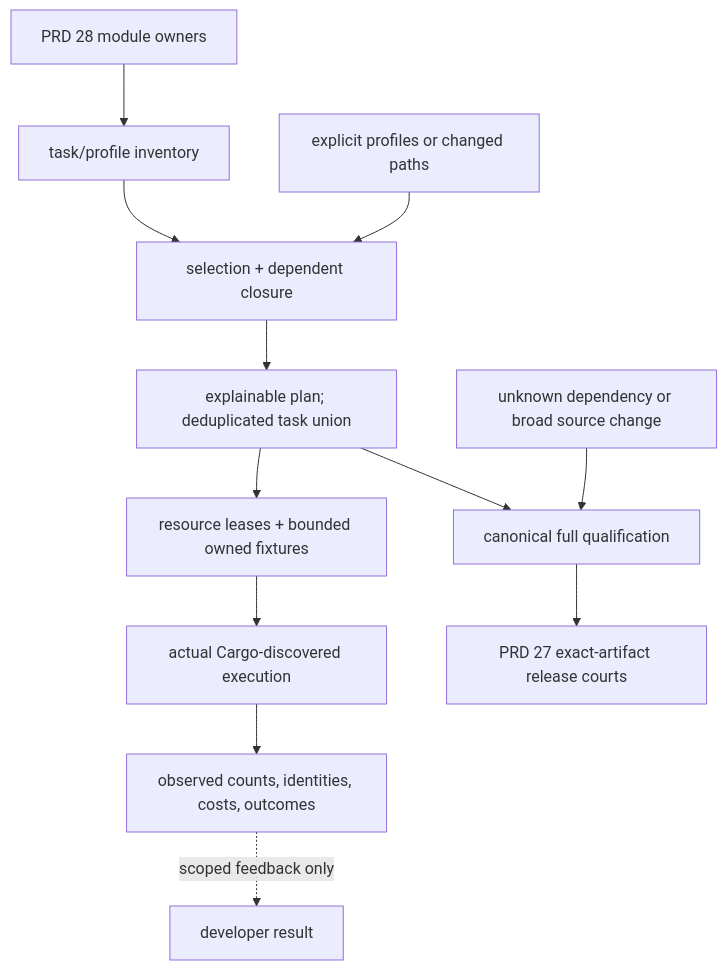
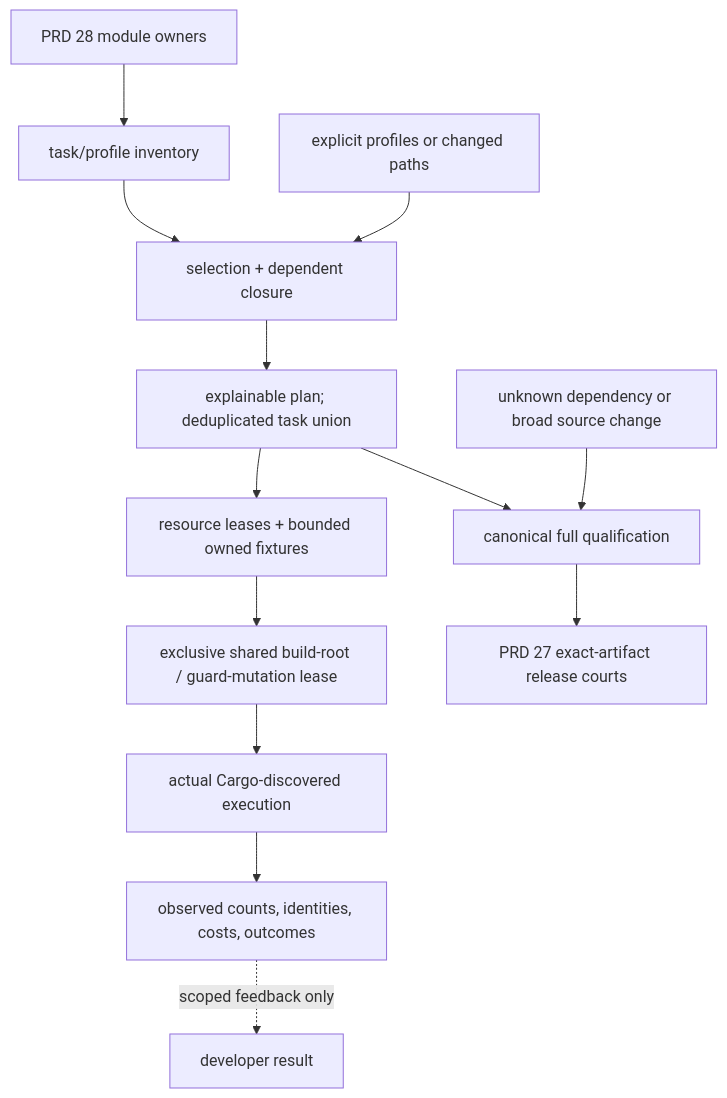
Before and after one commit to partnernetsoftware/minicon: the diagram in prd/PRD_02_33_test_orchestration.md, drawn with Mermaid. The commit also changed other lines of this file and 32 other files, not shown here.

````diff
--- a/prd/PRD_02_33_test_orchestration.md
+++ b/prd/PRD_02_33_test_orchestration.md
@@ -39,14 +40,15 @@
 ```mermaid
 flowchart TD
     O["PRD 28 module owners"] --> I["task/profile inventory"]
     C["explicit profiles or changed paths"] --> S["selection + dependent closure"]
     I --> S
     S --> E["explainable plan; deduplicated task union"]
     E --> L["resource leases + bounded owned fixtures"]
-    L --> T["actual Cargo-discovered execution"]
+    L --> B["exclusive shared build-root / guard-mutation lease"]
+    B --> T["actual Cargo-discovered execution"]
     T --> R["observed counts, identities, costs, outcomes"]
     U["unknown dependency or broad source change"] --> F["canonical full qualification"]
     E --> F
     F --> A["PRD 27 exact-artifact release courts"]
     R -. scoped feedback only .-> D["developer result"]
 ```
````
